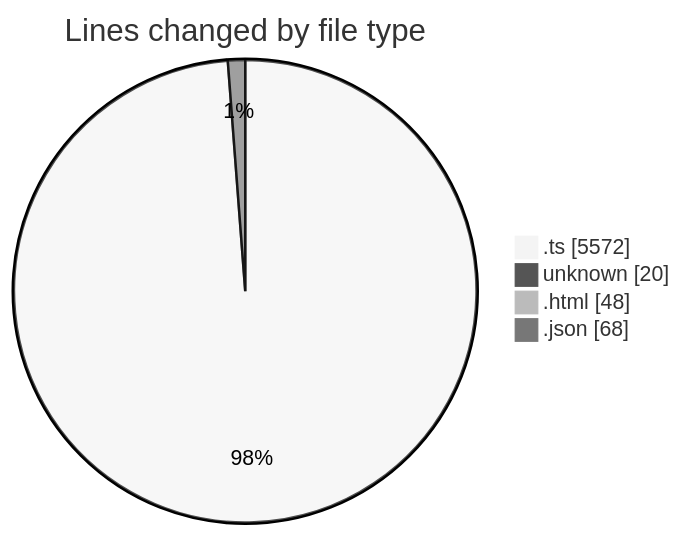
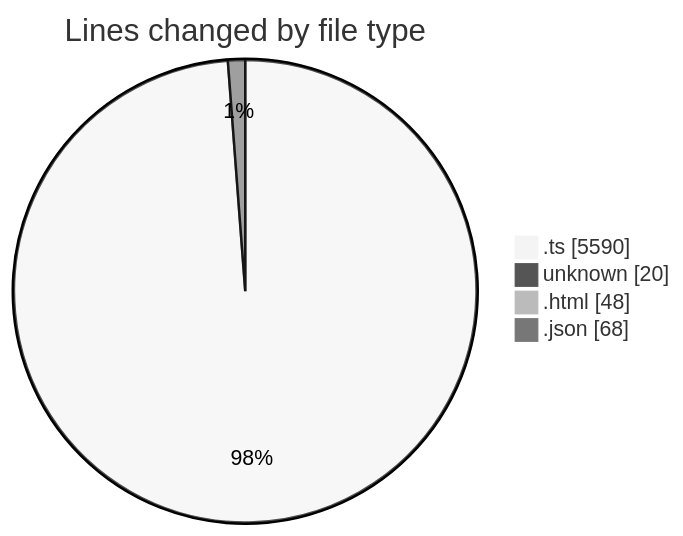
The first of 2 diagrams in 2026-02-06/singularitybrainai/README.md (tmsrecording-cyber/code-tracking), drawn with Mermaid (neutral theme) before and after one commit. The commit also changed other lines of this file and 1 other file, not shown here.

````diff
--- a/2026-02-06/singularitybrainai/README.md
+++ b/2026-02-06/singularitybrainai/README.md
@@ -31,8 +31,8 @@
 ```mermaid
 pie showData
 title Lines changed by file type
-".ts" : 5572
+".ts" : 5590
 "unknown" : 20
 ".html" : 48
 ".json" : 68
 ```
````
